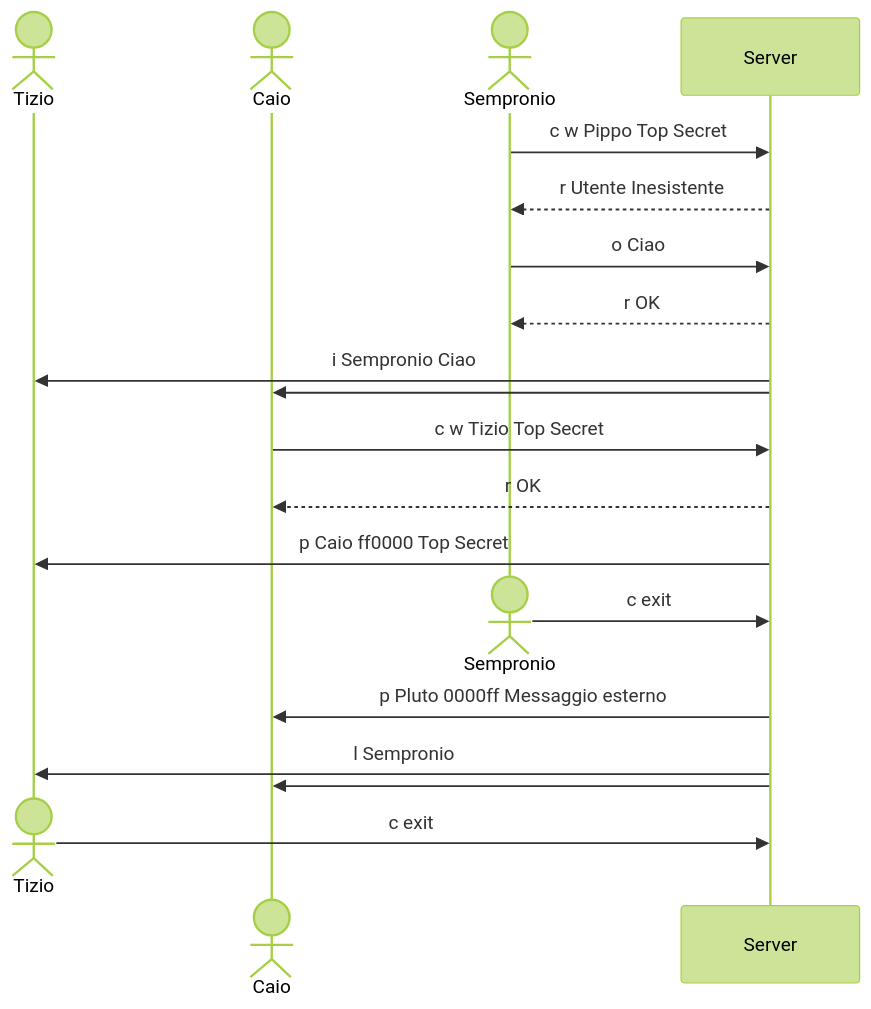
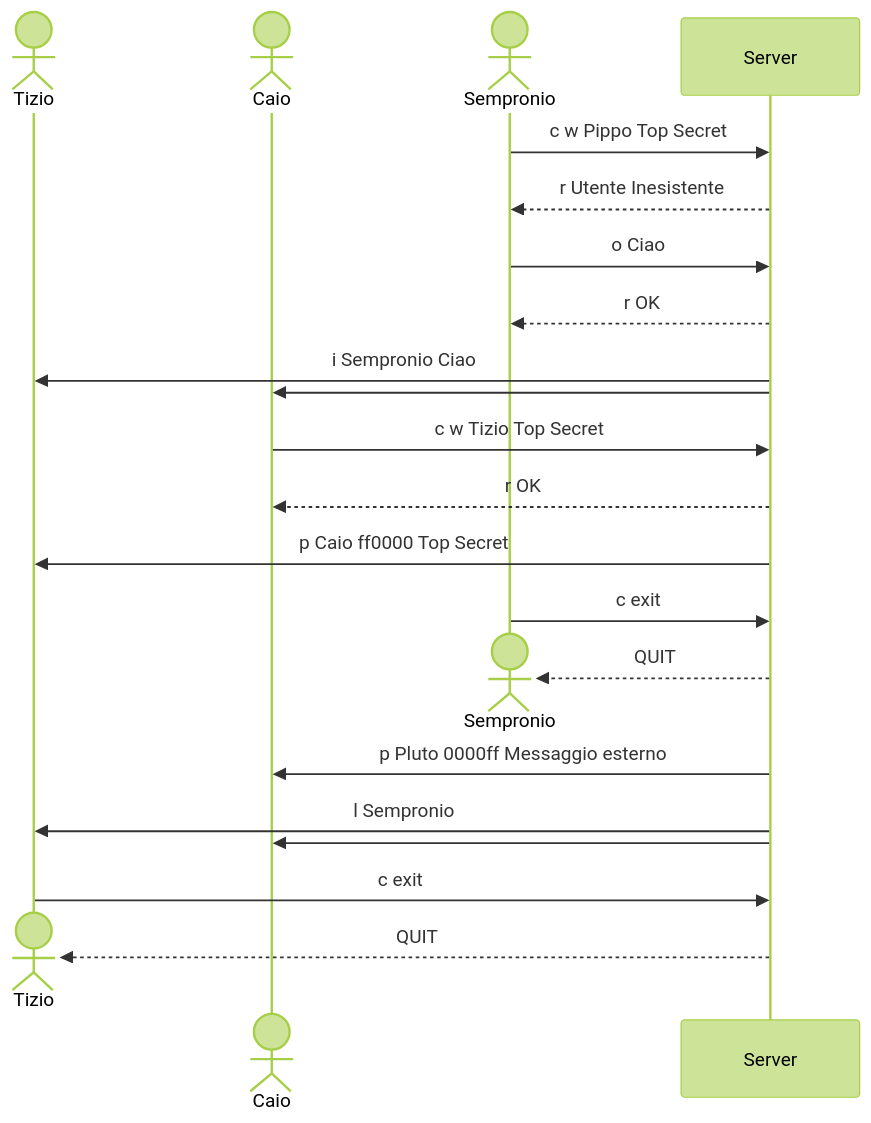
Before and after one commit to c0alfox/JavaChat: the third of 3 diagrams in README.md, drawn with Mermaid (forest theme).

Commit message:
Readme updated to fit code

````diff
--- a/README.md
+++ b/README.md
@@ -149,32 +149,34 @@
 ```mermaid
 sequenceDiagram
 actor Tizio
 actor Caio
 actor Sempronio
 participant Server
 
 Sempronio ->> Server: c w Pippo Top Secret
 Server -->> Sempronio: r Utente Inesistente
 
 Sempronio ->> Server: o Ciao
 Server -->> Sempronio: r OK
 Server ->> Tizio: i Sempronio Ciao
 Server ->> Caio: 
 
 Caio ->> Server: c w Tizio Top Secret
 Server -->> Caio: r OK
 Server ->> Tizio: p Caio ff0000 Top Secret
 
+Sempronio ->> Server: c exit
 destroy Sempronio
-Sempronio ->> Server: c exit
+Server -->> Sempronio: QUIT
 
 Server ->> Caio: p Pluto 0000ff Messaggio esterno
 
 Server ->> Tizio: l Sempronio
 Server ->> Caio: 
 
+Tizio ->> Server: c exit
 destroy Tizio
-Tizio ->> Server: c exit
+Server -->> Tizio: QUIT
 
 
 ```
````
